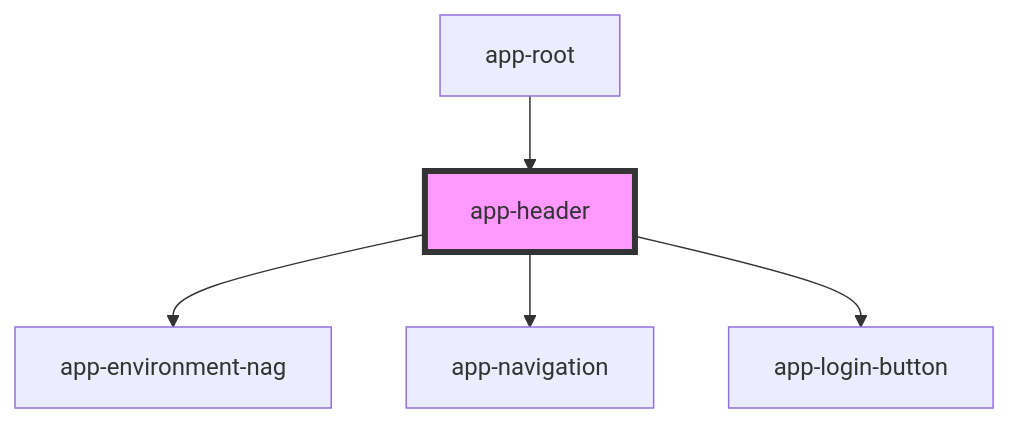
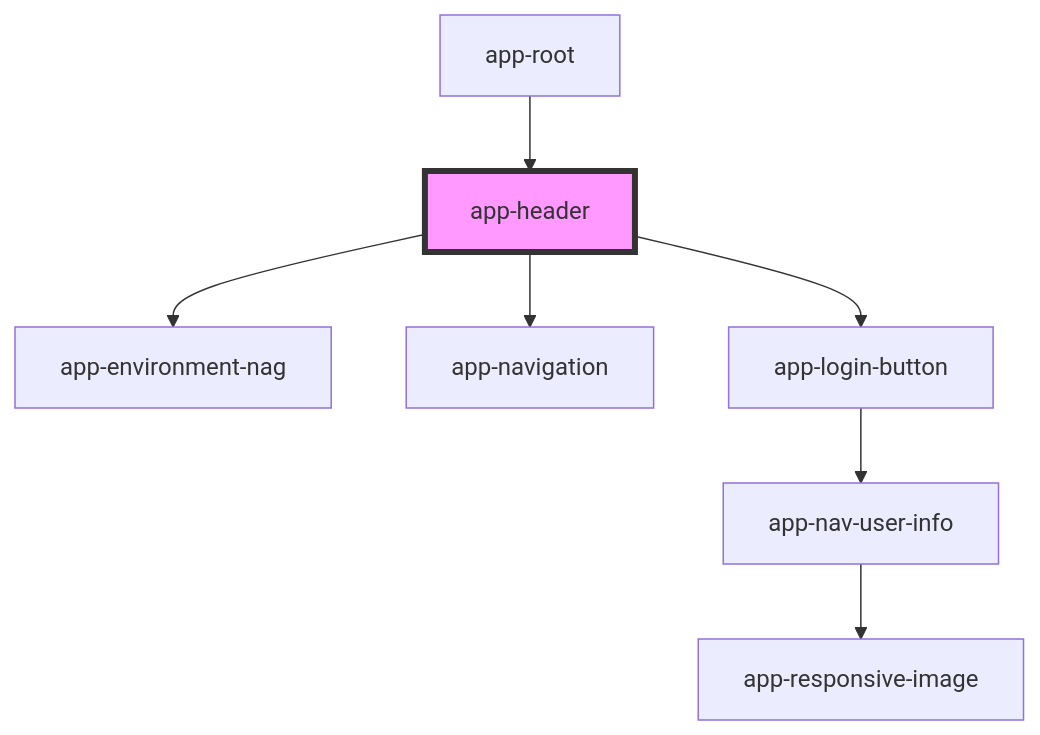
Before and after one commit to lokheed/IconEventNetwork.Web: the diagram in iconeventnetwork-web/src/components/app-header/readme.md, drawn with Mermaid. The commit also changed 13 other files, not shown here.

````diff
--- a/iconeventnetwork-web/src/components/app-header/readme.md
+++ b/iconeventnetwork-web/src/components/app-header/readme.md
@@ -28,8 +28,10 @@
 ```mermaid
 graph TD;
   app-header --> app-environment-nag
   app-header --> app-navigation
   app-header --> app-login-button
+  app-login-button --> app-nav-user-info
+  app-nav-user-info --> app-responsive-image
   app-root --> app-header
   style app-header fill:#f9f,stroke:#333,stroke-width:4px
 ```
````
